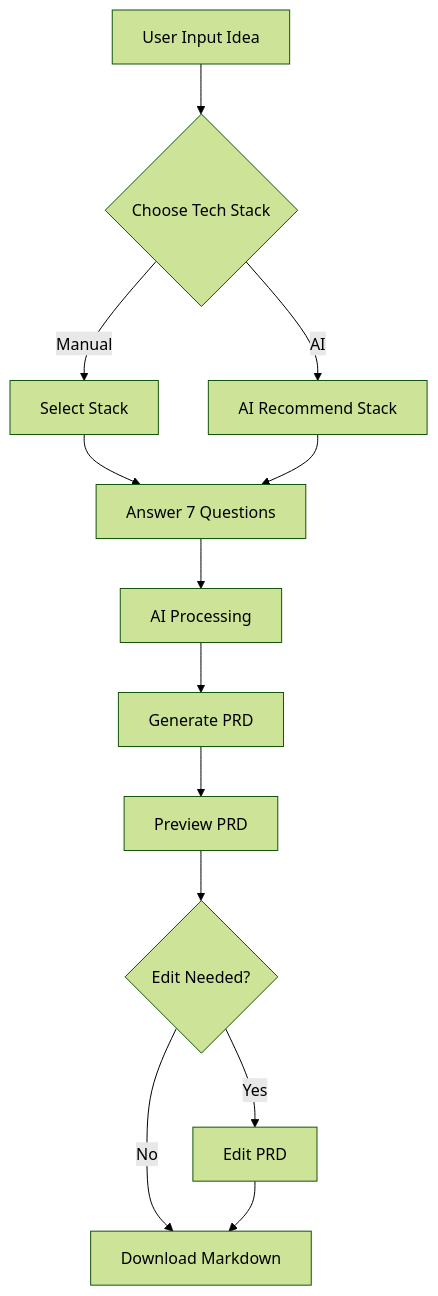
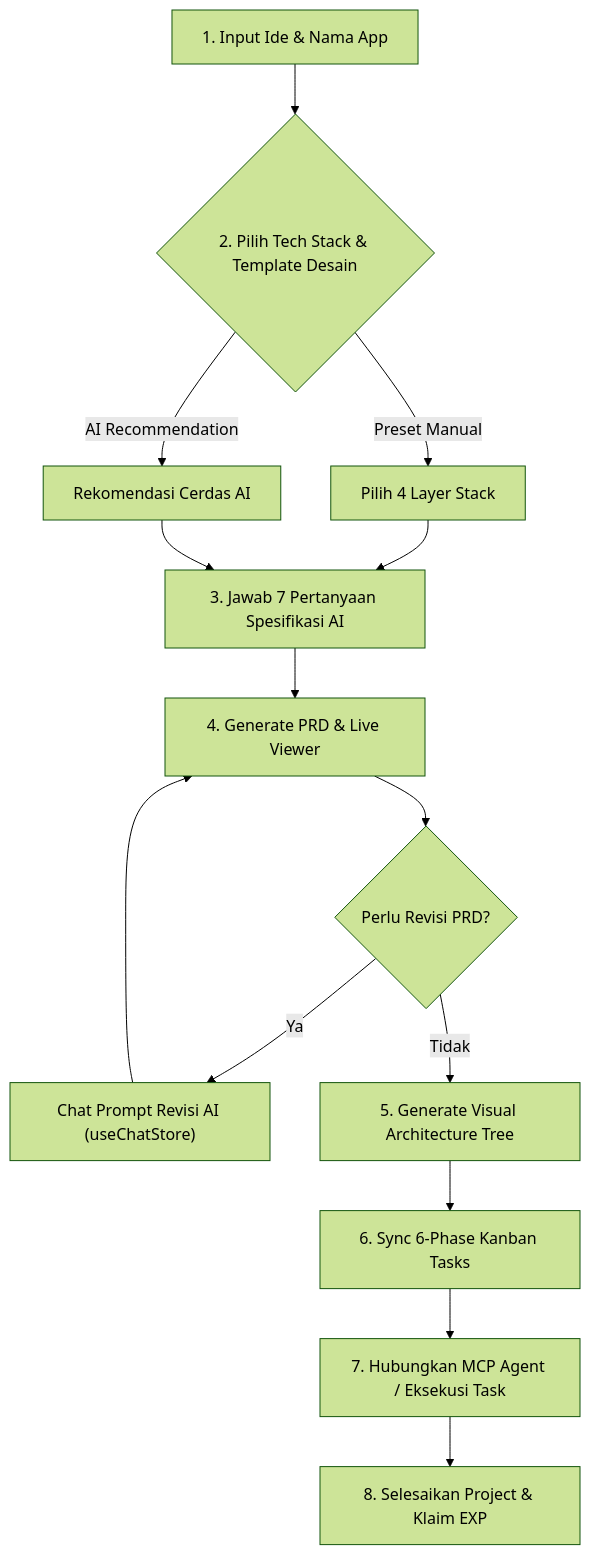
The first of 3 diagrams in public/contoh-prd.md (iqbaltech07/Piardify), drawn with Mermaid (forest theme) before and after one commit. The commit also changed other lines of this file and 75 other files, not shown here.

````diff
--- a/public/contoh-prd.md
+++ b/public/contoh-prd.md
@@ -77,15 +37,16 @@
 ```mermaid
 flowchart TD
-    A[User Input Idea] --> B{Choose Tech Stack}
-    B -->|Manual| C[Select Stack]
-    B -->|AI| D[AI Recommend Stack]
-    C --> E[Answer 7 Questions]
-    D --> E[Answer 7 Questions]
-    E --> F[AI Processing]
-    F --> G[Generate PRD]
-    G --> H[Preview PRD]
-    H --> I{Edit Needed?}
-    I -->|Yes| J[Edit PRD]
-    I -->|No| K[Download Markdown]
-    J --> K
+    A["1. Input Ide & Nama App"] --> B{"2. Pilih Tech Stack & Template Desain"}
+    B -->|"Preset Manual"| C["Pilih 4 Layer Stack"]
+    B -->|"AI Recommendation"| D["Rekomendasi Cerdas AI"]
+    C --> E["3. Jawab 7 Pertanyaan Spesifikasi AI"]
+    D --> E
+    E --> F["4. Generate PRD & Live Viewer"]
+    F --> G{"Perlu Revisi PRD?"}
+    G -->|"Ya"| H["Chat Prompt Revisi AI (useChatStore)"]
+    H --> F
+    G -->|"Tidak"| I["5. Generate Visual Architecture Tree"]
+    I --> J["6. Sync 6-Phase Kanban Tasks"]
+    J --> K["7. Hubungkan MCP Agent / Eksekusi Task"]
+    K --> L["8. Selesaikan Project & Klaim EXP"]
 ```
````
